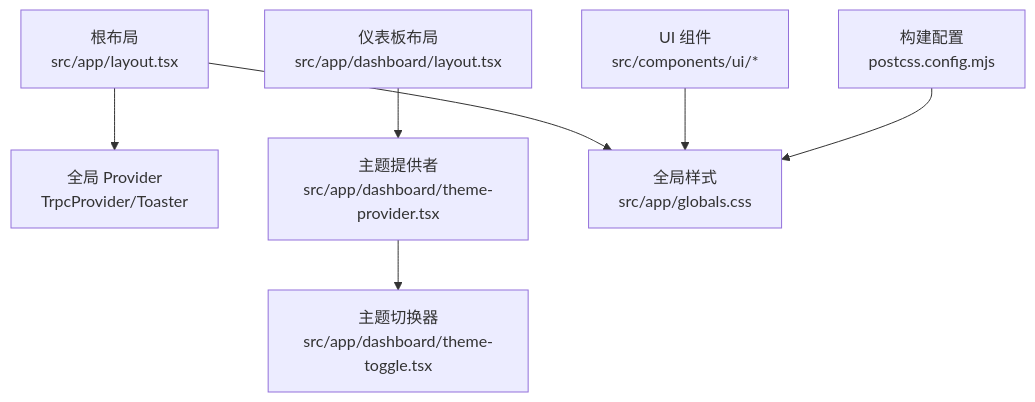
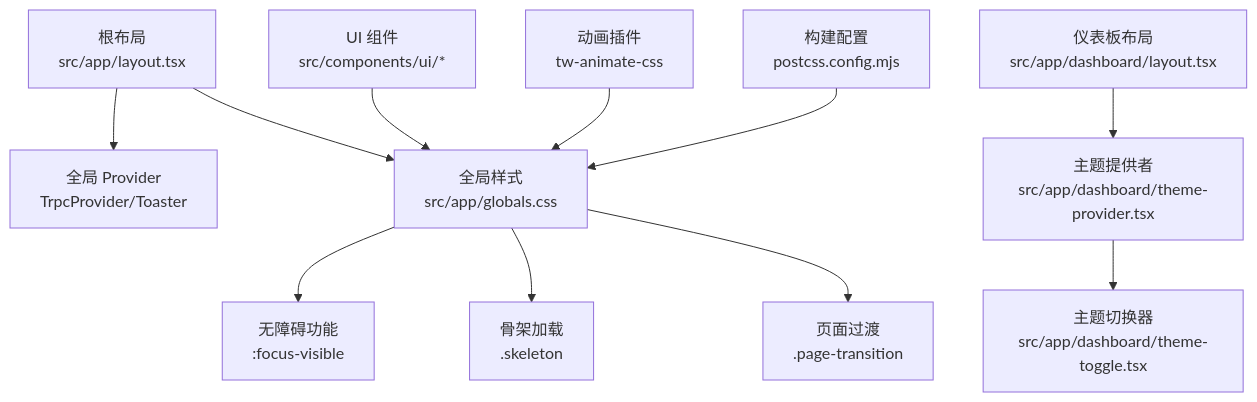
One commit to RadiumAg/image-saas changed the first of 6 diagrams in .qoder/repowiki/zh/content/前端组件架构/主题系统.md. Above: the diagram before and after it, drawn with Mermaid. The commit also changed other lines of this file and 9 other files, not shown here.

````diff
--- a/.qoder/repowiki/zh/content/前端组件架构/主题系统.md
+++ b/.qoder/repowiki/zh/content/前端组件架构/主题系统.md
@@ -43,9 +61,13 @@
 ```mermaid
 graph TB
 RootLayout["根布局<br/>src/app/layout.tsx"] --> Providers["全局 Provider<br/>TrpcProvider/Toaster"]
 DashboardLayout["仪表板布局<br/>src/app/dashboard/layout.tsx"] --> ThemeProvider["主题提供者<br/>src/app/dashboard/theme-provider.tsx"]
 ThemeProvider --> ThemeToggle["主题切换器<br/>src/app/dashboard/theme-toggle.tsx"]
 RootLayout --> GlobalsCSS["全局样式<br/>src/app/globals.css"]
+GlobalsCSS --> Accessibility["无障碍功能<br/>:focus-visible"]
+GlobalsCSS --> Skeleton["骨架加载<br/>.skeleton"]
+GlobalsCSS --> Transitions["页面过渡<br/>.page-transition"]
 UIComponents["UI 组件<br/>src/components/ui/*"] --> GlobalsCSS
+AnimationPlugin["动画插件<br/>tw-animate-css"] --> GlobalsCSS
 Build["构建配置<br/>postcss.config.mjs"] --> GlobalsCSS
 ```
````
